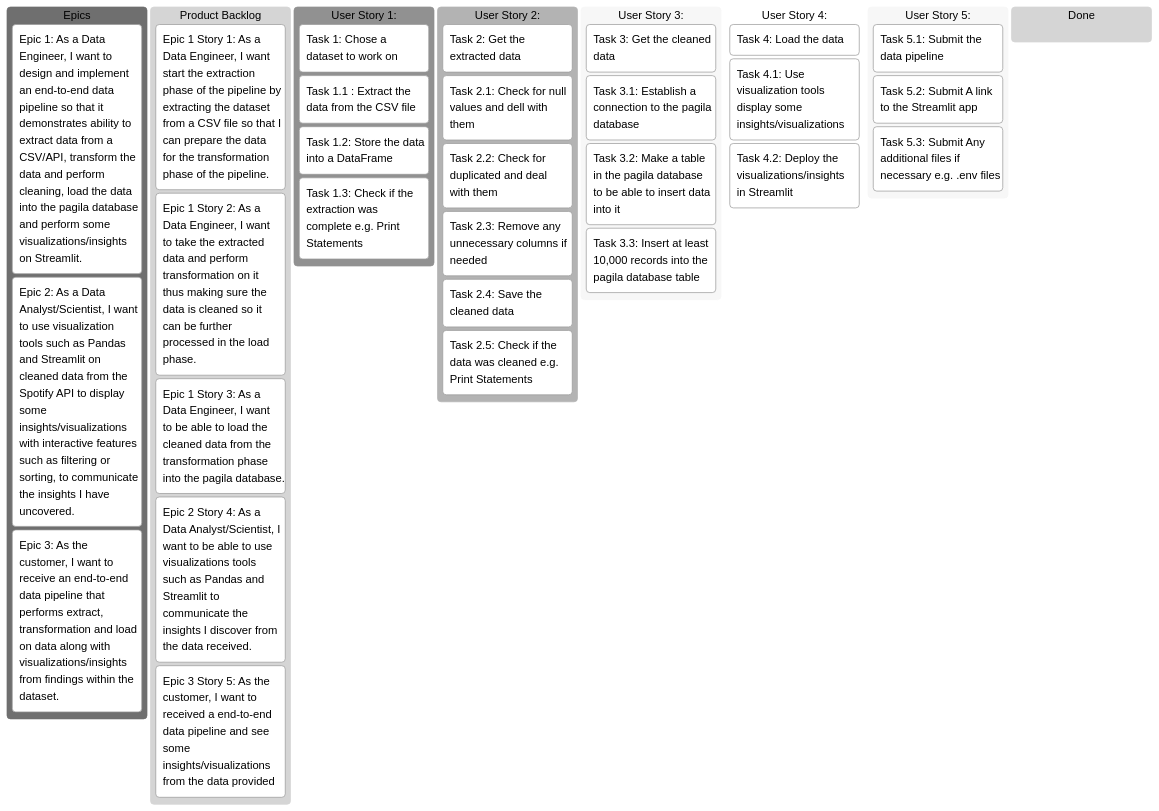
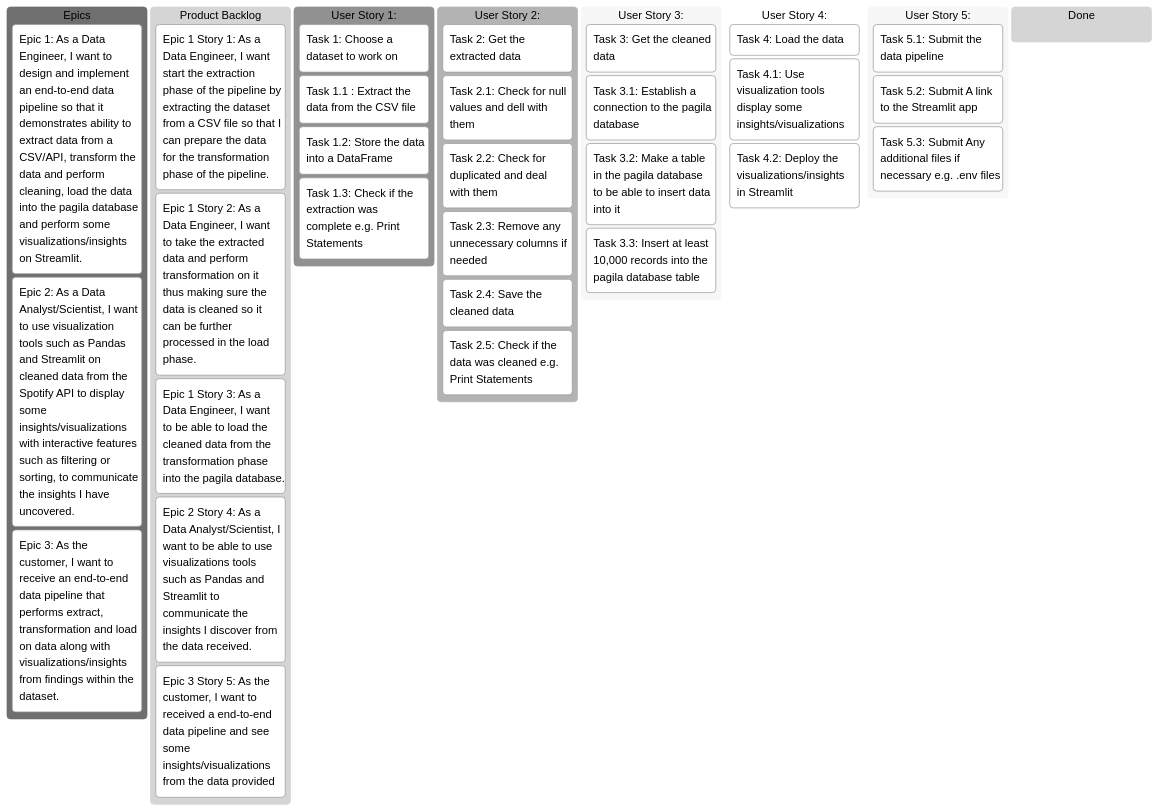
Before and after one commit to RubenNhez/Capstone-Project: the diagram in README.md, drawn with Mermaid (neutral theme).

Commit message:
spelling

````diff
--- a/README.md
+++ b/README.md
@@ -159,39 +159,39 @@
 ```mermaid
 kanban
     Epics
         (Epic 1: As a Data Engineer, I want to design and implement an end-to-end data pipeline so that it demonstrates ability to extract data from a CSV/API, transform the data and perform cleaning, load the data into the pagila database and perform some visualizations/insights on Streamlit.)
         (Epic 2: As a Data Analyst/Scientist, I want to use visualization tools such as Pandas and Streamlit on cleaned data from the Spotify API to display some insights/visualizations with interactive features such as filtering or sorting, to communicate the insights I have uncovered.)
         (Epic 3: As the customer, I want to receive an end-to-end data pipeline that performs extract, transformation and load on data along with visualizations/insights from findings within the dataset.)
     Product Backlog
         (Epic 1 Story 1: As a Data Engineer, I want start the extraction phase of the pipeline by extracting the dataset from a CSV file so that I can prepare the data for the transformation phase of the pipeline.)
         (Epic 1 Story 2: As a Data Engineer, I want to take the extracted data and perform transformation on it thus making sure the data is cleaned so it can be further processed in the load phase.)
         (Epic 1 Story 3: As a Data Engineer, I want to be able to load the cleaned data from the transformation phase into the pagila database.)
         (Epic 2 Story 4: As a Data Analyst/Scientist, I want to be able to use visualizations tools such as Pandas and Streamlit to communicate the insights I discover from the data received.)
         (Epic 3 Story 5: As the customer, I want to received a end-to-end data pipeline and see some insights/visualizations from the data provided)
     (User Story 1:)
-        Task 1: Chose a dataset to work on
+        Task 1: Choose a dataset to work on
         Task 1.1 : Extract the data from the CSV file
         Task 1.2: Store the data into a DataFrame
         Task 1.3: Check if the extraction was complete e.g. Print Statements
     (User Story 2:)
         Task 2: Get the extracted data
         Task 2.1: Check for null values and dell with them
         Task 2.2: Check for duplicated and deal with them
         Task 2.3: Remove any unnecessary columns if needed
         Task 2.4: Save the cleaned data
         Task 2.5: Check if the data was cleaned e.g. Print Statements
     (User Story 3:)
         Task 3: Get the cleaned data
         Task 3.1: Establish a connection to the pagila database
         Task 3.2: Make a table in the pagila database to be able to insert data into it
         Task 3.3: Insert at least 10,000 records into the pagila database table
     (User Story 4:)
         Task 4: Load the data
         Task 4.1: Use visualization tools display some insights/visualizations
         Task 4.2: Deploy the visualizations/insights in Streamlit 
     (User Story 5:)
         Task 5.1: Submit the data pipeline
         Task 5.2: Submit A link to the Streamlit app
         Task 5.3: Submit Any additional files if necessary e.g. .env files
     Done
 ```
````
